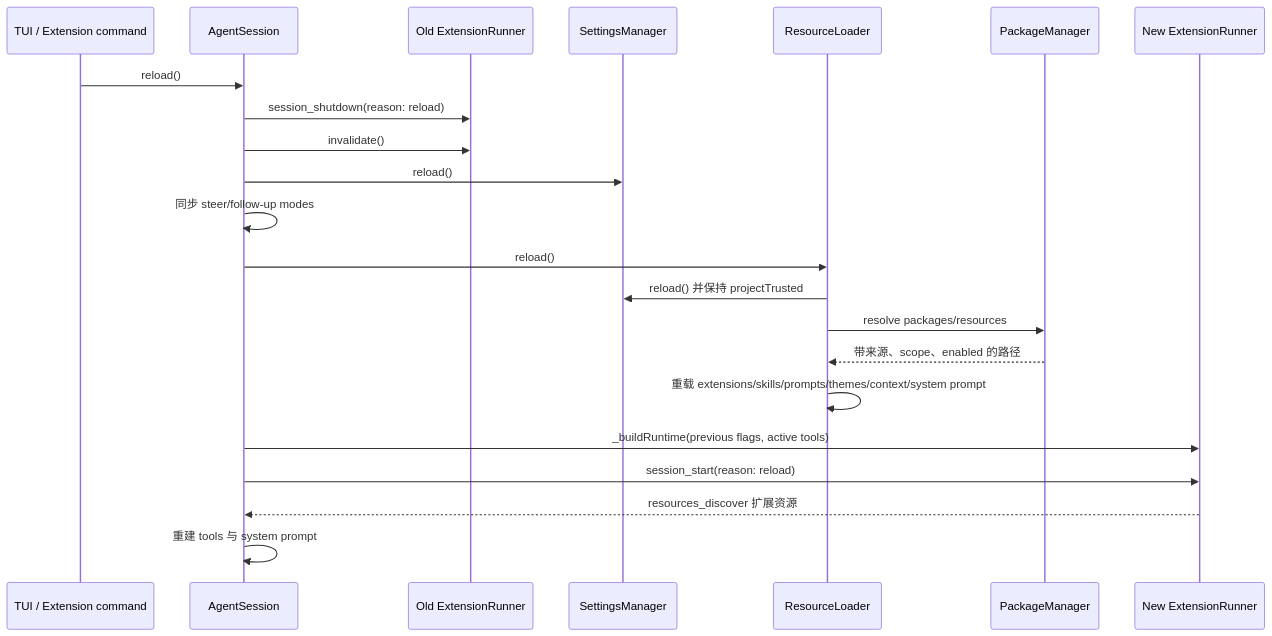
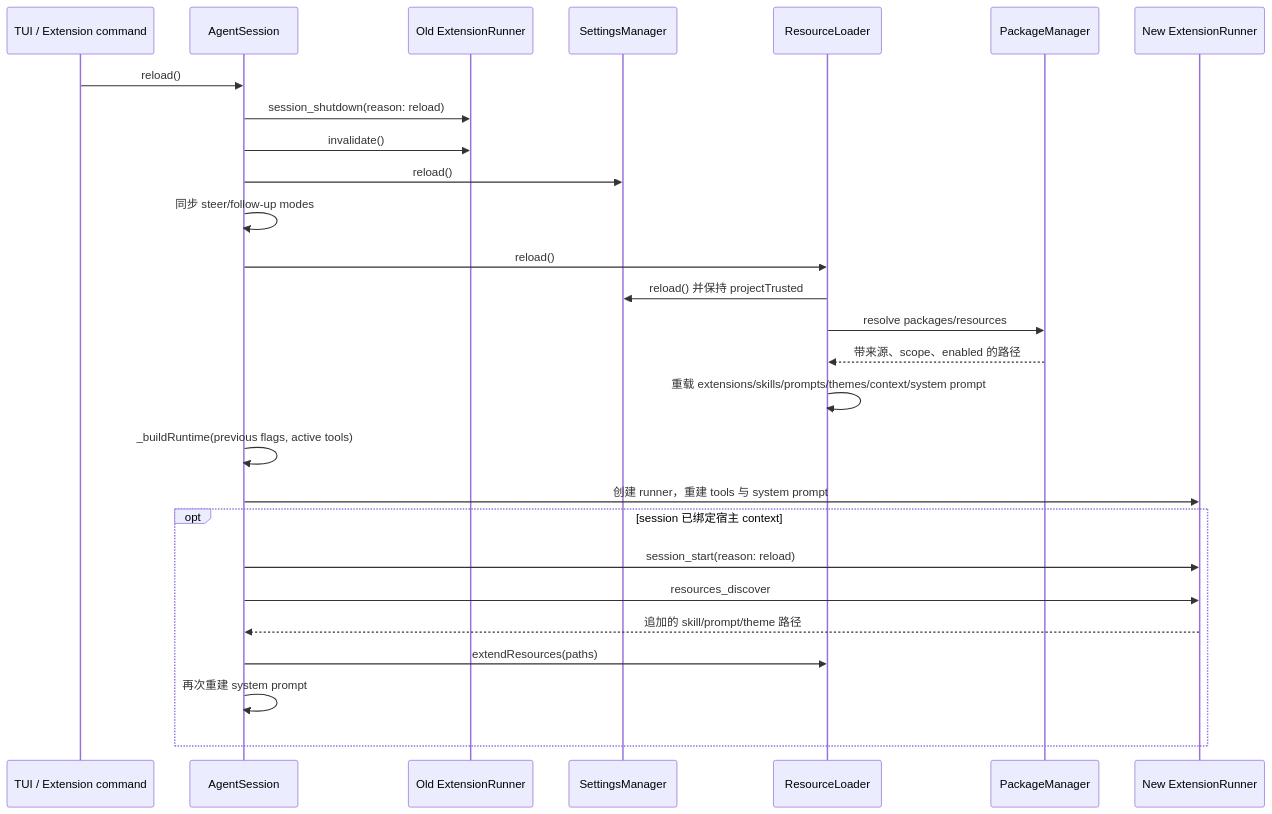
One commit to tcy1999/pi changed the diagram in architecture-analysis/call-flows/resource-reload.md. Above: the diagram before and after it, drawn with Mermaid. The commit also changed other lines of this file and 24 other files, not shown here.

````diff
--- a/architecture-analysis/call-flows/resource-reload.md
+++ b/architecture-analysis/call-flows/resource-reload.md
@@ -16,25 +16,30 @@
 ```mermaid
 sequenceDiagram
   participant HOST as TUI / Extension command
   participant S as AgentSession
   participant OLD as Old ExtensionRunner
   participant SET as SettingsManager
   participant RES as ResourceLoader
   participant PKG as PackageManager
   participant NEW as New ExtensionRunner
 
   HOST->>S: reload()
   S->>OLD: session_shutdown(reason: reload)
   S->>OLD: invalidate()
   S->>SET: reload()
   S->>S: 同步 steer/follow-up modes
   S->>RES: reload()
   RES->>SET: reload() 并保持 projectTrusted
   RES->>PKG: resolve packages/resources
   PKG-->>RES: 带来源、scope、enabled 的路径
   RES->>RES: 重载 extensions/skills/prompts/themes/context/system prompt
-  S->>NEW: _buildRuntime(previous flags, active tools)
-  S->>NEW: session_start(reason: reload)
-  NEW-->>S: resources_discover 扩展资源
-  S->>S: 重建 tools 与 system prompt
+  S->>S: _buildRuntime(previous flags, active tools)
+  S->>NEW: 创建 runner，重建 tools 与 system prompt
+  opt session 已绑定宿主 context
+    S->>NEW: session_start(reason: reload)
+    S->>NEW: resources_discover
+    NEW-->>S: 追加的 skill/prompt/theme 路径
+    S->>RES: extendResources(paths)
+    S->>S: 再次重建 system prompt
+  end
 ```
````
